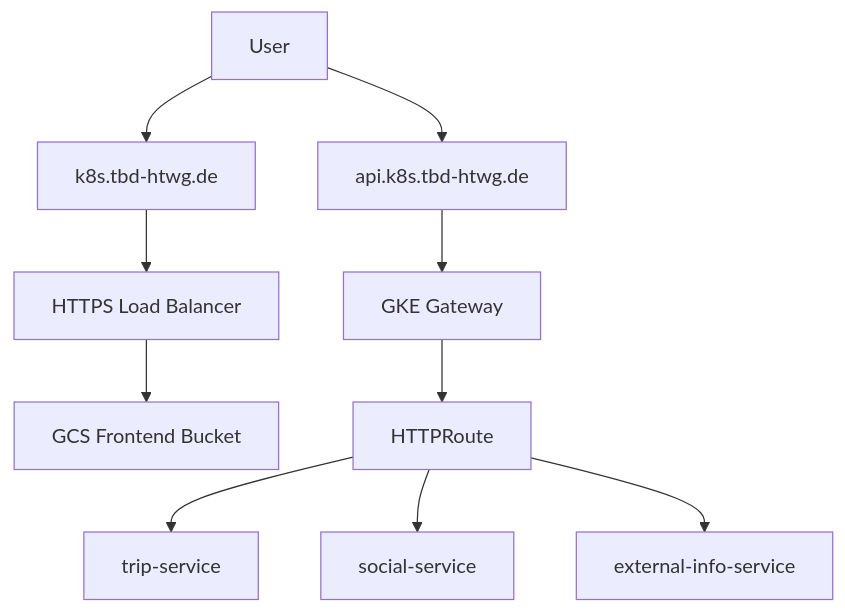
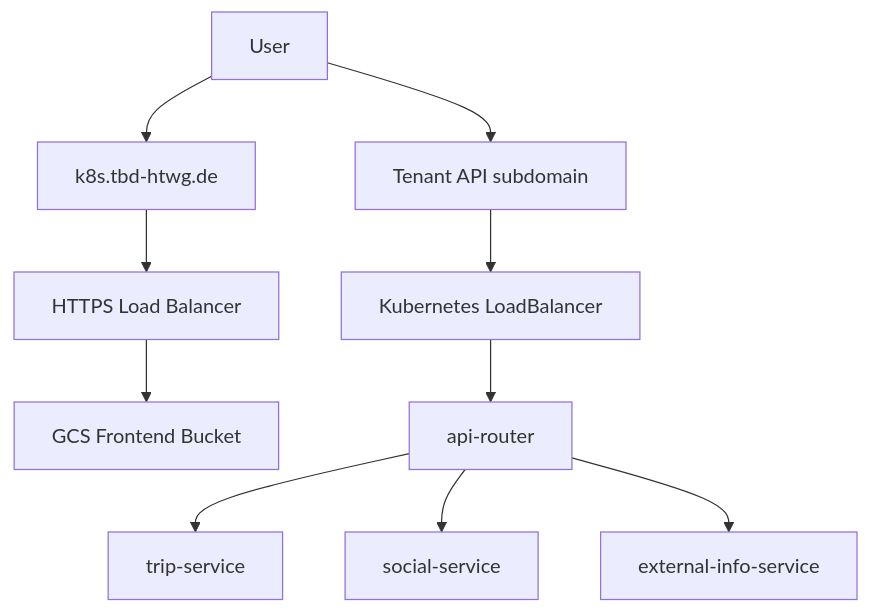
One commit to tbd-htwg/infrastructure changed the first of 2 diagrams in ms2/docs/overview.md. Above: the diagram before and after it, drawn with Mermaid. The commit also changed other lines of this file and 66 other files, not shown here.

````diff
--- a/ms2/docs/overview.md
+++ b/ms2/docs/overview.md
@@ -52,14 +51,14 @@
 ```mermaid
 graph TD
   U[User] --> FQDN[k8s.tbd-htwg.de]
-  U --> API[api.k8s.tbd-htwg.de]
+  U --> API[Tenant API subdomain]
 
   FQDN --> LB[HTTPS Load Balancer]
   LB --> BUCKET[GCS Frontend Bucket]
 
-  API --> GWLb[GKE Gateway]
-  GWLb --> HR[HTTPRoute]
-  HR --> TRIP[trip-service]
-  HR --> SOCIAL[social-service]
-  HR --> EXT[external-info-service]
+  API --> KLB[Kubernetes LoadBalancer]
+  KLB --> ROUTER[api-router]
+  ROUTER --> TRIP[trip-service]
+  ROUTER --> SOCIAL[social-service]
+  ROUTER --> EXT[external-info-service]
 ```
````
